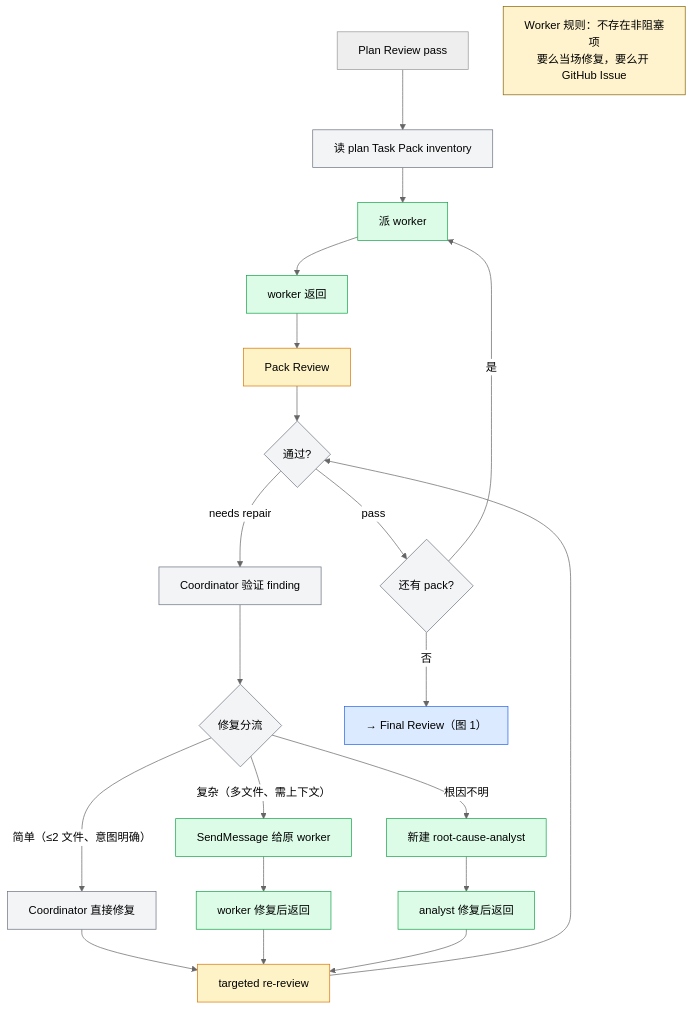
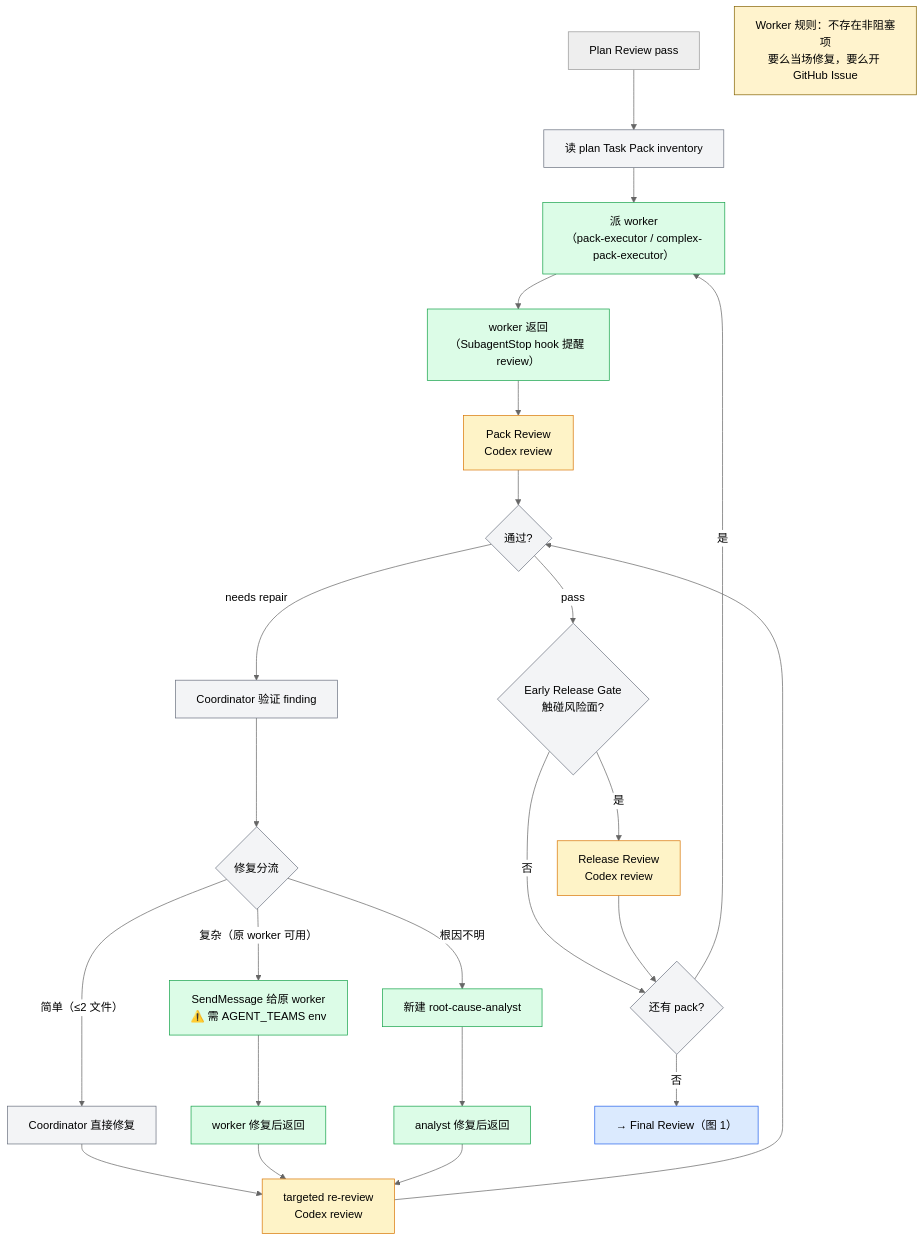
Before and after one commit to chancheuklap/multi-model-workflow: the second of 3 diagrams in plugin-v2/architecture-draft.md, drawn with Mermaid (neutral theme). The commit also changed other lines of this file and 15 other files, not shown here.

First line of the commit message:
fix: review 派发统一用 codex-companion.mjs --prompt-file，删除 external-review-lanes.md

````diff
--- a/plugin-v2/architecture-draft.md
+++ b/plugin-v2/architecture-draft.md
@@ -89,30 +102,37 @@
 ```mermaid
 flowchart TD
     classDef skill fill:#dbeafe,stroke:#2563eb
     classDef agent fill:#dcfce7,stroke:#16a34a
-    classDef codex fill:#fef3c7,stroke:#d97706
+    classDef review fill:#fef3c7,stroke:#d97706
     classDef coord fill:#f3f4f6,stroke:#6b7280
+    classDef broken fill:#fee2e2,stroke:#dc2626,stroke-dasharray: 5 5
+    classDef review fill:#fef3c7,stroke:#d97706
 
     A["Plan Review pass"] --> B["读 plan Task Pack inventory"]:::coord
-    B --> C["派 worker"]:::agent
-    C --> D["worker 返回"]:::agent
-    D --> E["Pack Review"]:::codex
+    B --> C["派 worker\n（pack-executor / complex-pack-executor）"]:::agent
+    C --> D["worker 返回\n（SubagentStop hook 提醒 review）"]:::agent
+    D --> E["Pack Review\nCodex review"]:::review
     E --> F{"通过?"}:::coord
     F -->|"needs repair"| V["Coordinator 验证 finding"]:::coord
     V --> T{"修复分流"}:::coord
-    T -->|"简单（≤2 文件、意图明确）"| S["Coordinator 直接修复"]:::coord
-    T -->|"复杂（多文件、需上下文）"| R["SendMessage 给原 worker"]:::agent
+    T -->|"简单（≤2 文件）"| S["Coordinator 直接修复"]:::coord
+    T -->|"复杂（原 worker 可用）"| R["SendMessage 给原 worker\n⚠️ 需 AGENT_TEAMS env"]:::agent
     T -->|"根因不明"| RCA["新建 root-cause-analyst"]:::agent
-    S --> RE["targeted re-review"]:::codex
+    S --> RE["targeted re-review\nCodex review"]:::review
     R --> D2["worker 修复后返回"]:::agent
     D2 --> RE
     RCA --> D3["analyst 修复后返回"]:::agent
     D3 --> RE
     RE --> F
-    F -->|"pass"| J{"还有 pack?"}:::coord
+
+    F -->|"pass"| RG{"Early Release Gate\n触碰风险面?"}:::coord
+    RG -->|"是"| RGR["Release Review\nCodex review"]:::review
+    RG -->|"否"| J
+    RGR --> J
+    J{"还有 pack?"}:::coord
     J -->|"是"| C
     J -->|"否"| K["→ Final Review（图 1）"]:::skill
 
+    RULE["Worker 规则：不存在非阻塞项\n要么当场修复，要么开 GitHub Issue"]
     style RULE fill:#fff3cd,stroke:#856404
-    RULE["Worker 规则：不存在非阻塞项\n要么当场修复，要么开 GitHub Issue"]
 ```
````
